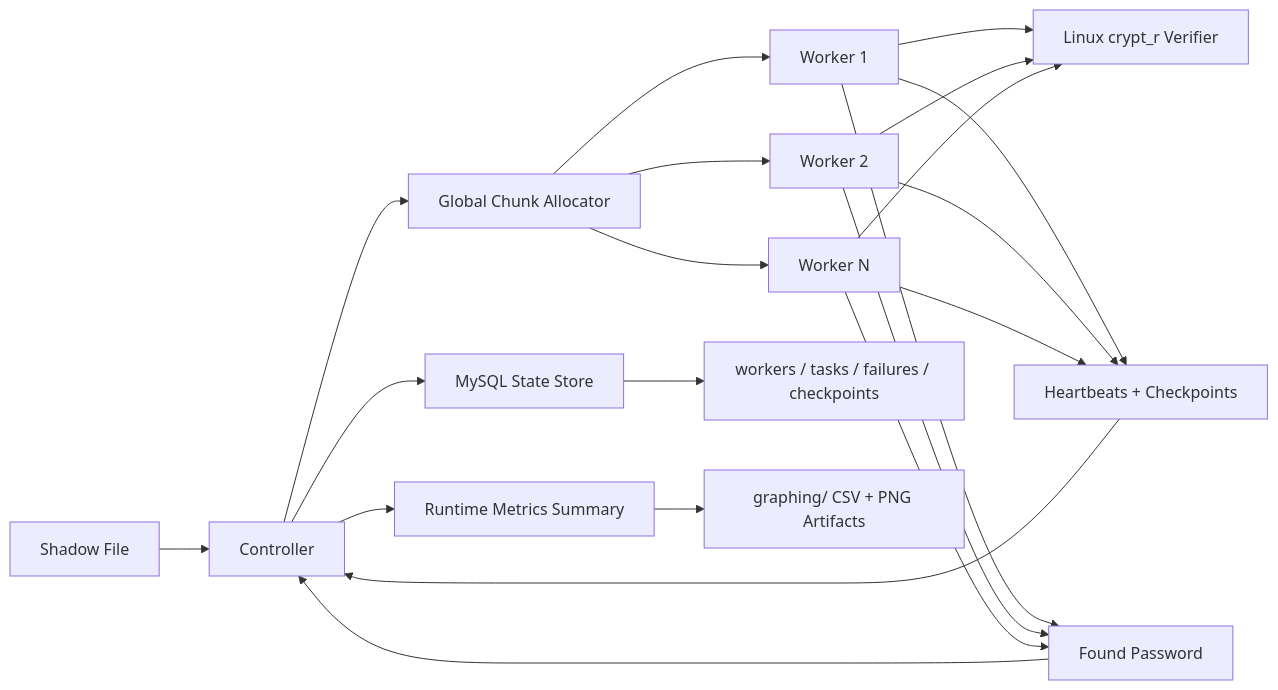
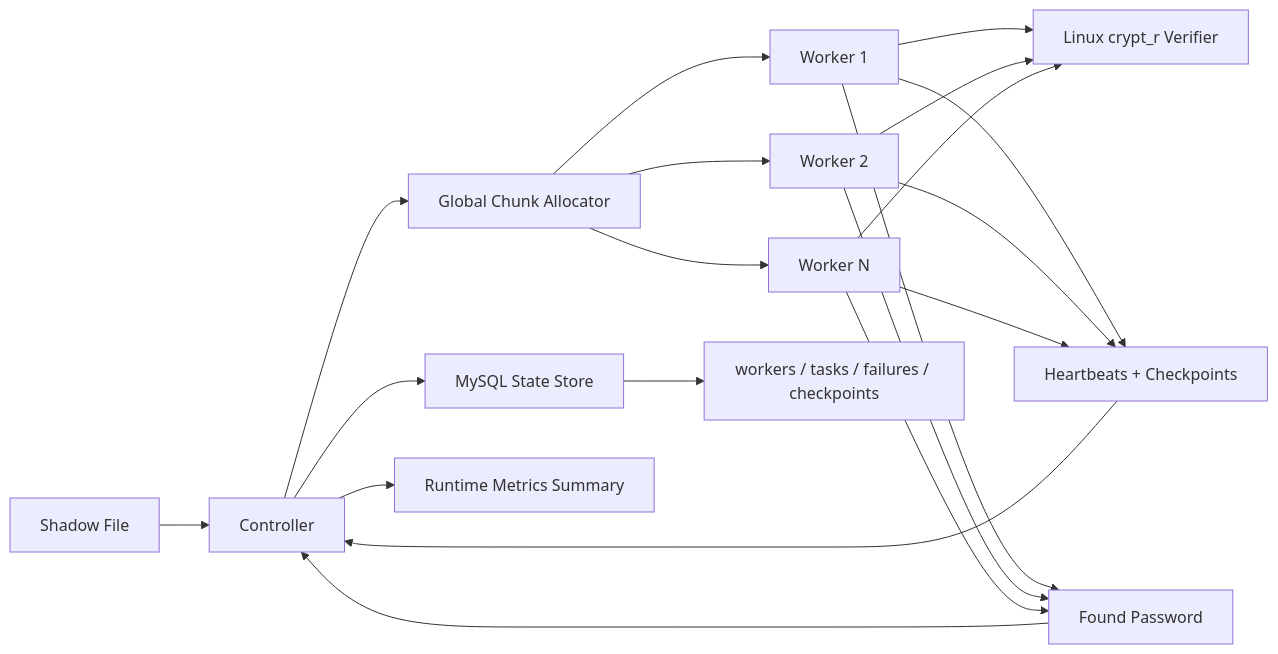
The first of 2 diagrams in README.md (aryanjand/Unix-Password-Cracker), drawn with Mermaid before and after one commit. The commit also changed other lines of this file, not shown here.

Commit message:
updated: Architecture digram

````diff
--- a/README.md
+++ b/README.md
@@ -24,28 +24,27 @@
 ```mermaid
 flowchart LR
     S["Shadow File"] --> C["Controller"]
     C --> A["Global Chunk Allocator"]
     A --> W1["Worker 1"]
     A --> W2["Worker 2"]
     A --> WN["Worker N"]
 
     W1 --> V["Linux crypt_r Verifier"]
     W2 --> V
     WN --> V
 
     W1 --> H["Heartbeats + Checkpoints"]
     W2 --> H
     WN --> H
     H --> C
 
     C --> D["MySQL State Store"]
     D --> T["workers / tasks / failures / checkpoints"]
 
     W1 --> R["Found Password"]
     W2 --> R
     WN --> R
     R --> C
 
     C --> M["Runtime Metrics Summary"]
-    M --> G["graphing/ CSV + PNG Artifacts"]
 ```
````
